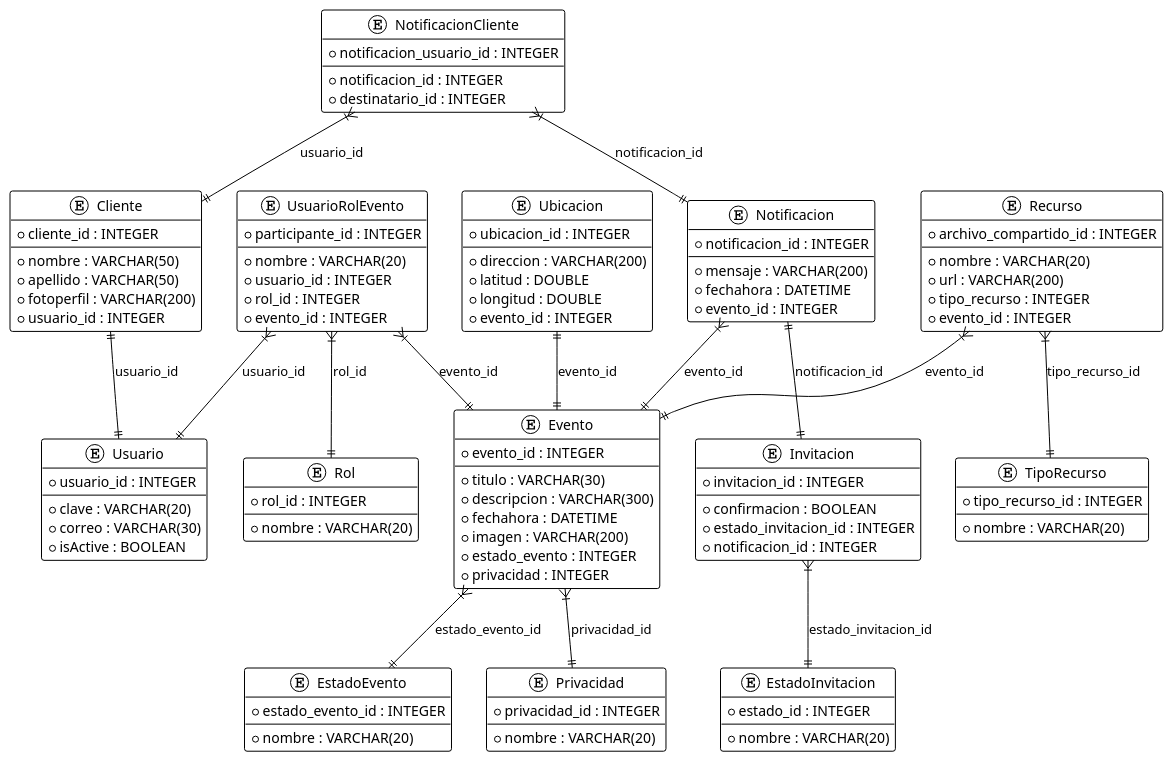
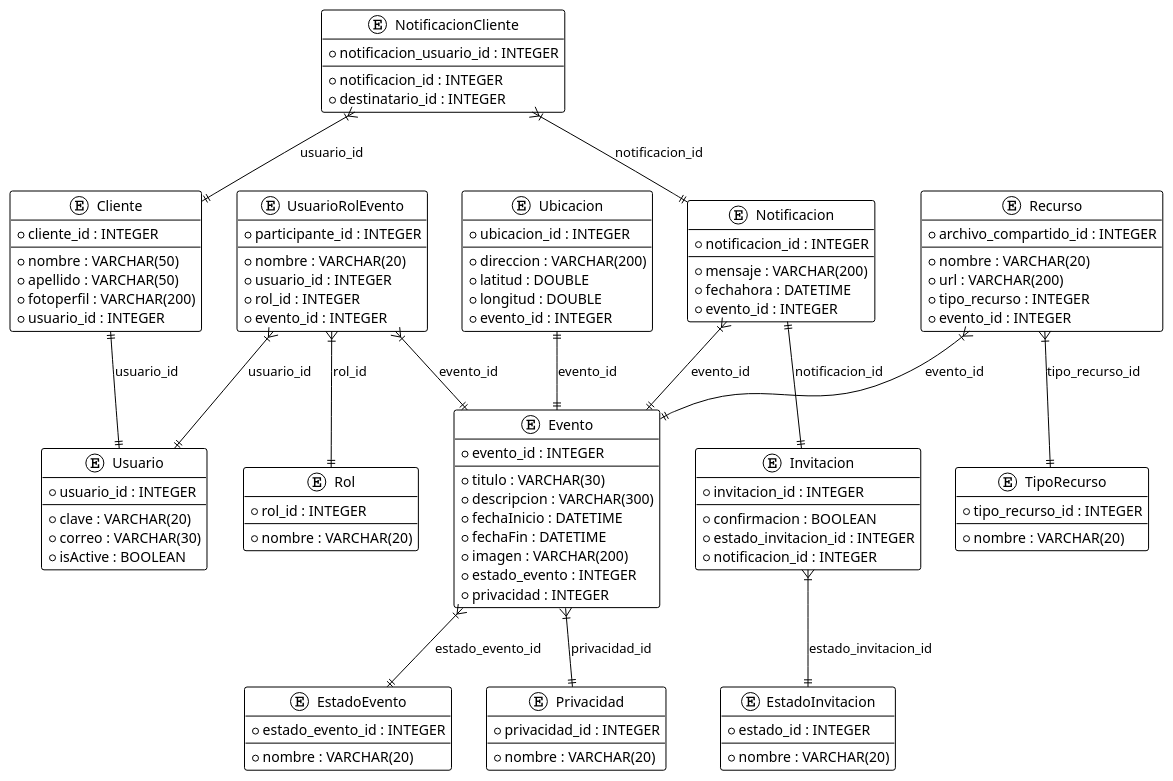
One commit to raulvelris/Proyecto-Progra-Movil changed the diagram in docs/DatabaseDiagram.puml. Above: the diagram before and after it, drawn with PlantUML. The commit also changed 1 other file, not shown here.

Commit message:
Agregando atributo fechaFin a la tabla Eventos

```diff
--- a/docs/DatabaseDiagram.puml
+++ b/docs/DatabaseDiagram.puml
@@ -1,130 +1,131 @@
 @startuml
 !theme plain
 
 entity "Cliente" {
   * cliente_id : INTEGER
   --
   * nombre : VARCHAR(50)
   * apellido : VARCHAR(50)
   * fotoperfil : VARCHAR(200)
   * usuario_id : INTEGER
 }
 
 entity "Usuario" {
   * usuario_id : INTEGER
   --
   * clave : VARCHAR(20)
   * correo : VARCHAR(30)
   * isActive : BOOLEAN
 }
 
 entity "Evento" {
   * evento_id : INTEGER
   --
   * titulo : VARCHAR(30)
   * descripcion : VARCHAR(300)
-  * fechahora : DATETIME
+  * fechaInicio : DATETIME
+  * fechaFin : DATETIME
   * imagen : VARCHAR(200)
   * estado_evento : INTEGER
   * privacidad : INTEGER
 }
 
 entity "Invitacion" {
   * invitacion_id : INTEGER
   --
   * confirmacion : BOOLEAN
   * estado_invitacion_id : INTEGER
   * notificacion_id : INTEGER
 }
 
 entity "Notificacion" {
   * notificacion_id : INTEGER
   --
   * mensaje : VARCHAR(200)
   * fechahora : DATETIME
   * evento_id : INTEGER
 }
 
 entity "NotificacionCliente" {
   * notificacion_usuario_id : INTEGER
   --
   * notificacion_id : INTEGER
   * destinatario_id : INTEGER
 }
 
 entity "Ubicacion" {
   * ubicacion_id : INTEGER
   --
   * direccion : VARCHAR(200)
   * latitud : DOUBLE
   * longitud : DOUBLE
   * evento_id : INTEGER
 }
 
 entity "EstadoInvitacion" {
   * estado_id : INTEGER
   --
   * nombre : VARCHAR(20)
 }
 
 entity "EstadoEvento" {
   * estado_evento_id : INTEGER
   --
   * nombre : VARCHAR(20)
 }
 
 entity "Privacidad" {
   * privacidad_id : INTEGER
   --
   * nombre : VARCHAR(20)
 }
 
 entity "UsuarioRolEvento" {
   * participante_id : INTEGER
   --
   * nombre : VARCHAR(20)
   * usuario_id : INTEGER
   * rol_id : INTEGER
   * evento_id : INTEGER
 }
 
 entity "Rol" {
   * rol_id : INTEGER
   --
   * nombre : VARCHAR(20)
 }
 
 entity "Recurso" {
   * archivo_compartido_id : INTEGER
   --
   * nombre : VARCHAR(20)
   * url : VARCHAR(200)
   * tipo_recurso : INTEGER
   * evento_id : INTEGER
 }
 
 entity "TipoRecurso" {
   * tipo_recurso_id : INTEGER
   --
   * nombre : VARCHAR(20)
 }
 
 ' Relaciones 1:1
 Cliente ||--|| Usuario : usuario_id
 Notificacion ||--|| Invitacion : notificacion_id 
 
 ' Relaciones 1:m
 Invitacion }|--|| EstadoInvitacion : estado_invitacion_id
 NotificacionCliente }|--|| Cliente : usuario_id 
 NotificacionCliente }|--|| Notificacion : notificacion_id
 Notificacion }|--|| Evento : evento_id
 Recurso }|--|| TipoRecurso : tipo_recurso_id
 Recurso }|--|| Evento : evento_id
 Ubicacion ||--|| Evento : evento_id
 Evento }|--|| EstadoEvento : estado_evento_id
 Evento }|--|| Privacidad : privacidad_id
 UsuarioRolEvento }|--|| Usuario : usuario_id
 UsuarioRolEvento }|--|| Rol : rol_id
 UsuarioRolEvento }|--|| Evento : evento_id
 
 @enduml
```
